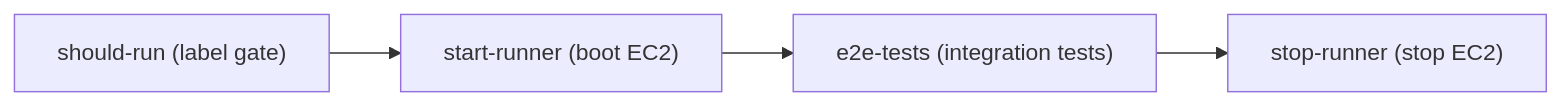
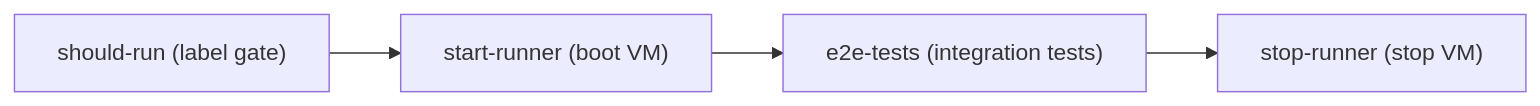
One commit to boxlite-ai/boxlite changed the diagram in docs/contributing/development/e2e-local.md. Above: the diagram before and after it, drawn with Mermaid. The commit also changed other lines of this file and 6 other files, not shown here.

First line of the commit message:
ci(e2e-local): run on a GCP VM that re-registers its runner every boot

````diff
--- a/docs/contributing/development/e2e-local.md
+++ b/docs/contributing/development/e2e-local.md
@@ -20,6 +20,6 @@
 ```mermaid
 flowchart LR
-  gate["should-run (label gate)"] --> start["start-runner (boot EC2)"]
+  gate["should-run (label gate)"] --> start["start-runner (boot VM)"]
   start --> tests["e2e-tests (integration tests)"]
-  tests --> stop["stop-runner (stop EC2)"]
+  tests --> stop["stop-runner (stop VM)"]
 ```
````
